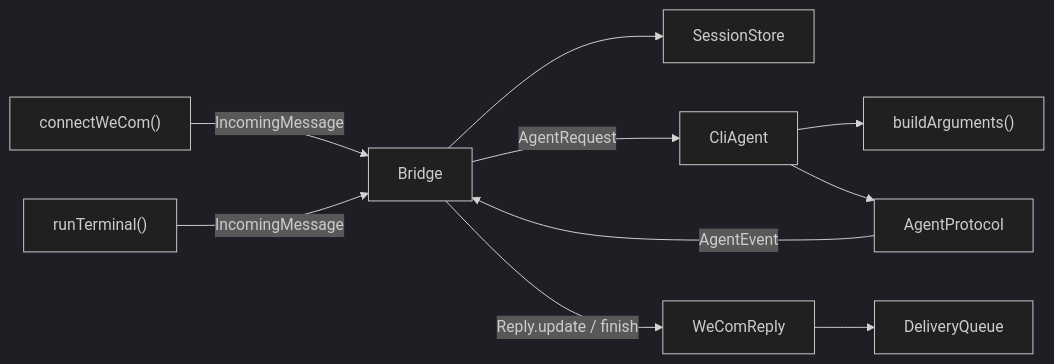
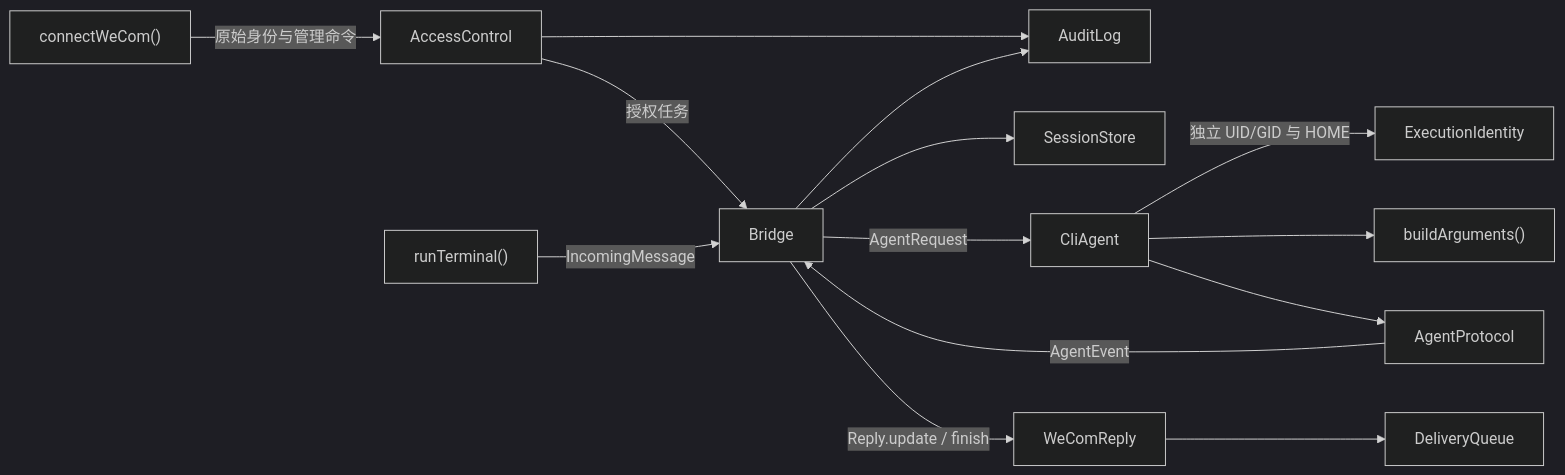
Before and after one commit to ZhuoZhuoCrayon/ai-workspace: the first of 6 diagrams in knowledge/ai-workspace/issues/2026-10-17-agent-chat-bridge/PLAN.md, drawn with Mermaid (dark theme). The commit also changed other lines of this file, not shown here.

````diff
--- a/knowledge/ai-workspace/issues/2026-10-17-agent-chat-bridge/PLAN.md
+++ b/knowledge/ai-workspace/issues/2026-10-17-agent-chat-bridge/PLAN.md
@@ -49,12 +49,16 @@
 ```mermaid
 flowchart LR
-    connectWeCom["connectWeCom()"] -->|IncomingMessage| Bridge
+    connectWeCom["connectWeCom()"] -->|"原始身份与管理命令"| AccessControl
+    AccessControl -->|"授权任务"| Bridge
+    AccessControl --> AuditLog
+    Bridge --> AuditLog
     runTerminal["runTerminal()"] -->|IncomingMessage| Bridge
     Bridge --> SessionStore
     Bridge -->|AgentRequest| CliAgent
+    CliAgent -->|"独立 UID/GID 与 HOME"| ExecutionIdentity
     CliAgent --> buildArguments["buildArguments()"]
     CliAgent --> AgentProtocol
     AgentProtocol -->|AgentEvent| Bridge
     Bridge -->|Reply.update / finish| WeComReply
     WeComReply --> DeliveryQueue
 ```
````
